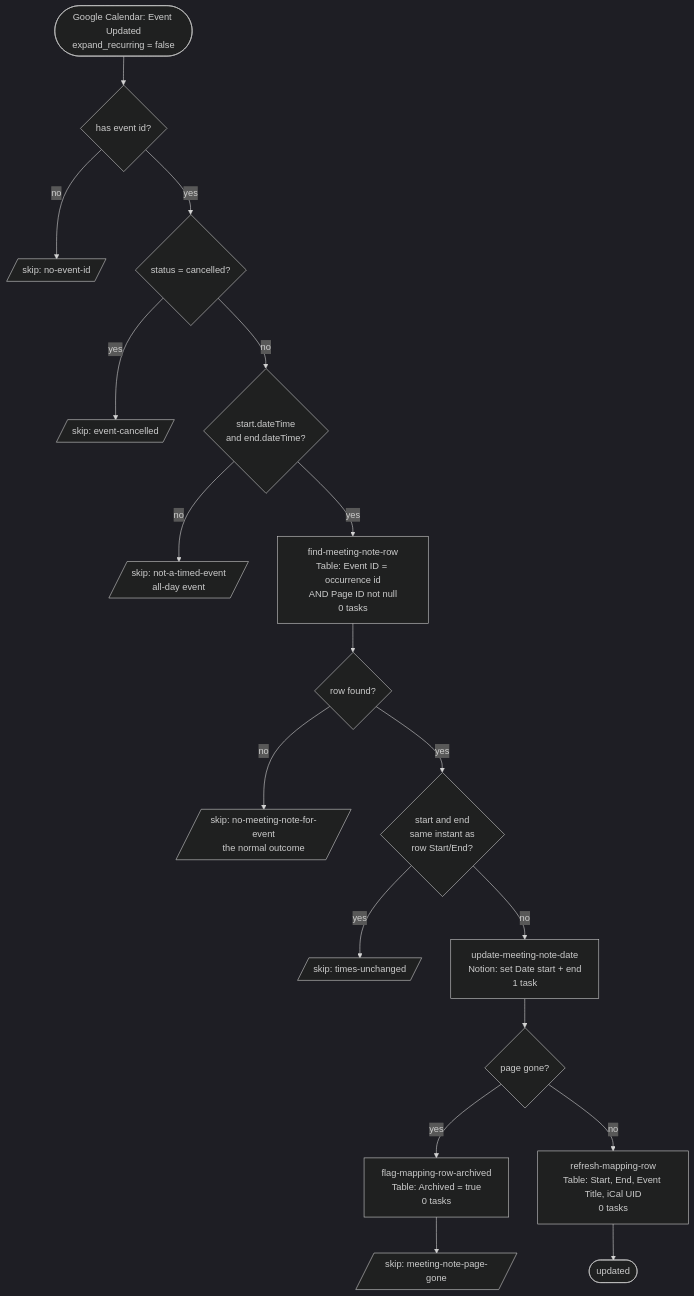
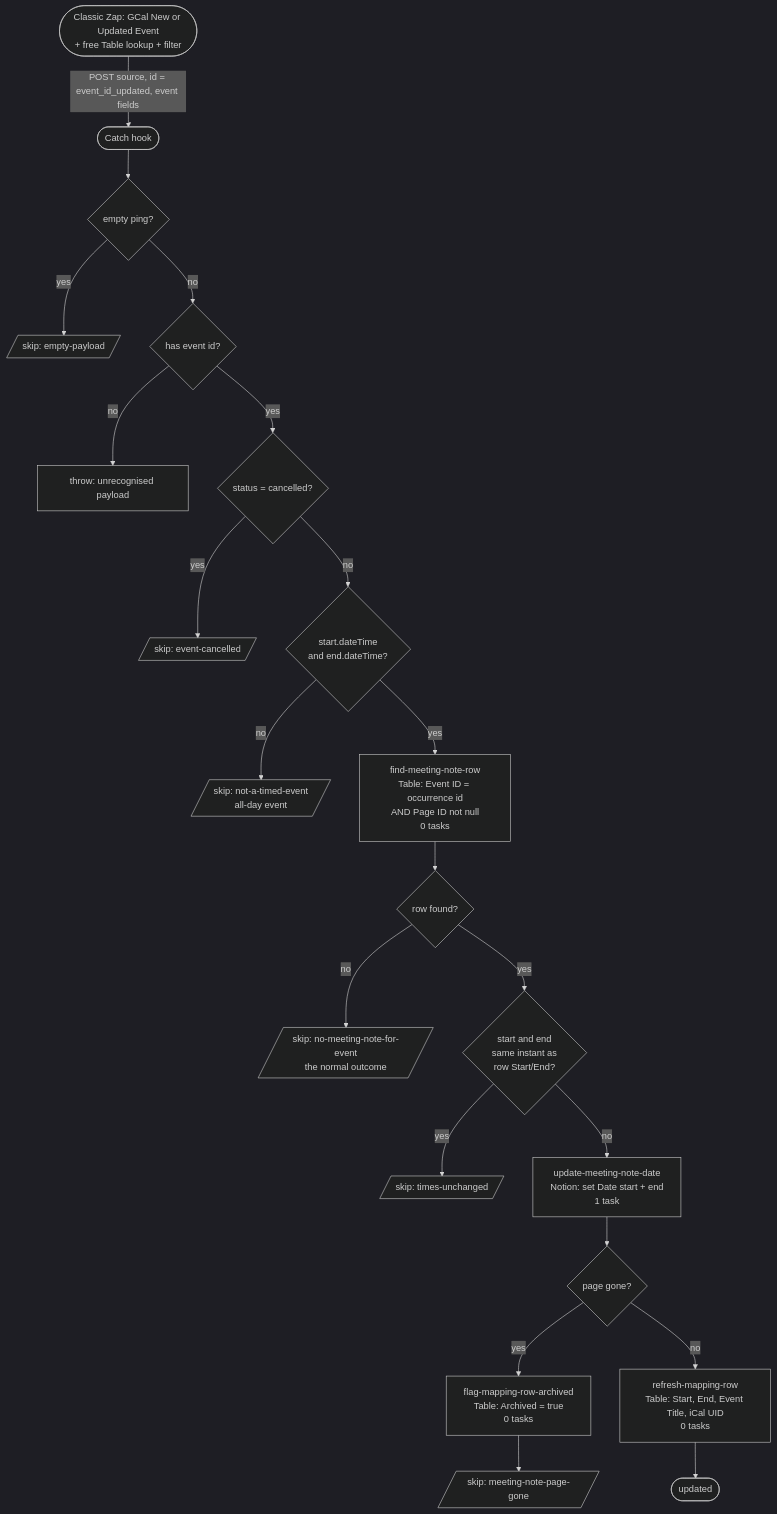
One commit to work-flowers/zapier-sdk changed the diagram in gcal-event-updated-to-meeting-note/README.md. Above: the diagram before and after it, drawn with Mermaid (dark theme). The commit also changed other lines of this file and 7 other files, not shown here.

````diff
--- a/gcal-event-updated-to-meeting-note/README.md
+++ b/gcal-event-updated-to-meeting-note/README.md
@@ -13,19 +14,22 @@
 ```mermaid
 flowchart TD
-    T([Google Calendar: Event Updated<br/>expand_recurring = false]) --> G1{has event id?}
-    G1 -- no --> S1[/skip: no-event-id/]
+    C([Classic Zap: GCal New or Updated Event<br/>+ free Table lookup + filter]) -- "POST source, id = event_id_updated, event fields" --> T([Catch hook])
+    T --> P{empty ping?}
+    P -- yes --> S0[/skip: empty-payload/]
+    P -- no --> G1{has event id?}
+    G1 -- no --> S1[throw: unrecognised payload]
     G1 -- yes --> G2{status = cancelled?}
     G2 -- yes --> S2[/skip: event-cancelled/]
     G2 -- no --> G3{start.dateTime<br/>and end.dateTime?}
     G3 -- no --> S3[/skip: not-a-timed-event<br/>all-day event/]
     G3 -- yes --> L[find-meeting-note-row<br/>Table: Event ID = occurrence id<br/>AND Page ID not null<br/>0 tasks]
     L --> G4{row found?}
     G4 -- no --> S4[/skip: no-meeting-note-for-event<br/>the normal outcome/]
     G4 -- yes --> G5{start and end<br/>same instant as<br/>row Start/End?}
     G5 -- yes --> S5[/skip: times-unchanged/]
     G5 -- no --> U[update-meeting-note-date<br/>Notion: set Date start + end<br/>1 task]
     U --> G6{page gone?}
     G6 -- yes --> A[flag-mapping-row-archived<br/>Table: Archived = true<br/>0 tasks] --> S6[/skip: meeting-note-page-gone/]
     G6 -- no --> R[refresh-mapping-row<br/>Table: Start, End, Event Title, iCal UID<br/>0 tasks]
     R --> D([updated])
 ```
````
